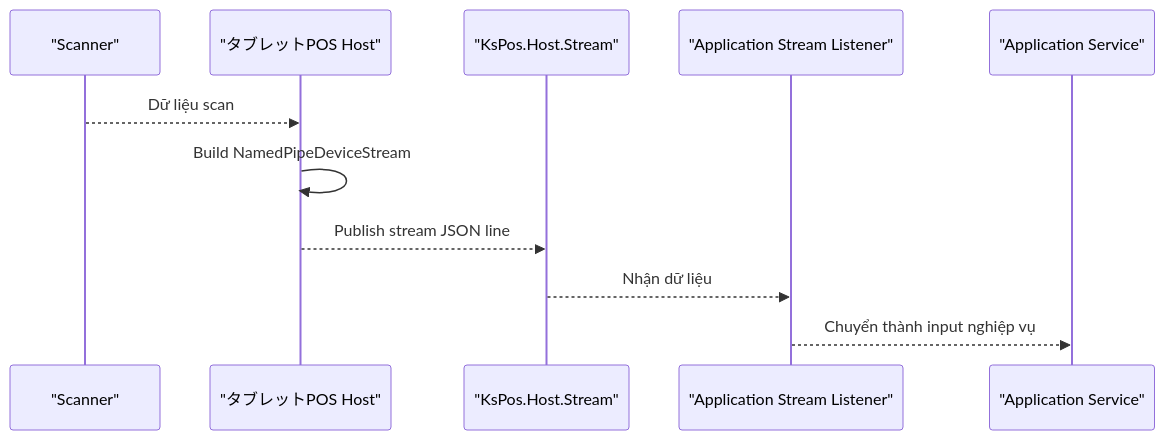
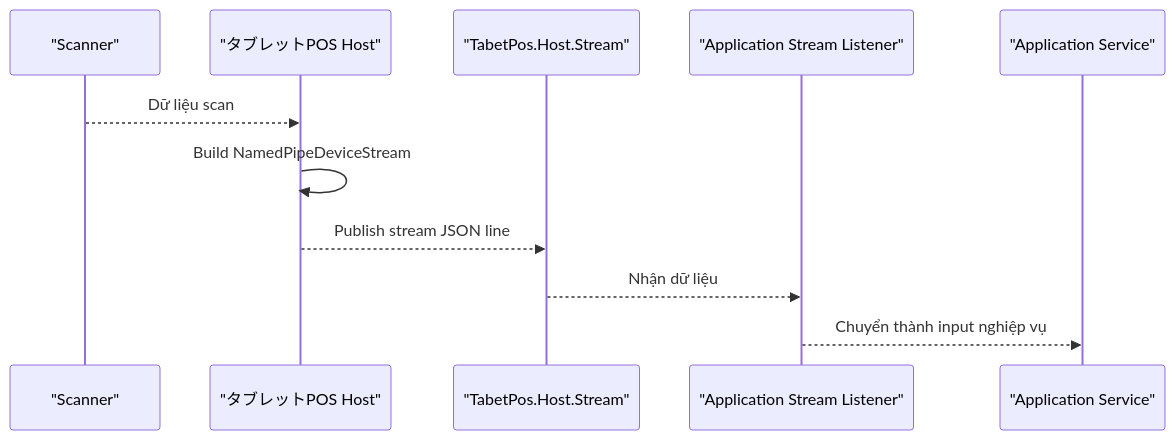
Before and after one commit to vti-sam/smj-ks-pos-stored: the third of 3 diagrams in knowledge/ks_pos_boilerplate/architecture/application/host_named_pipe_basic_design_2026-05-29.md, drawn with Mermaid. The commit also changed other lines of this file and 73 other files, not shown here.

Commit message:
Update tablet POS reports for host rename

````diff
--- a/knowledge/ks_pos_boilerplate/architecture/application/host_named_pipe_basic_design_2026-05-29.md
+++ b/knowledge/ks_pos_boilerplate/architecture/application/host_named_pipe_basic_design_2026-05-29.md
@@ -189,14 +189,14 @@
 ```mermaid
 sequenceDiagram
     participant Scanner as "Scanner"
     participant Host as "タブレットPOS Host"
-    participant StreamPipe as "KsPos.Host.Stream"
+    participant StreamPipe as "TabetPos.Host.Stream"
     participant Listener as "Application Stream Listener"
     participant App as "Application Service"
 
     Scanner-->>Host: Dữ liệu scan
     Host->>Host: Build NamedPipeDeviceStream
     Host-->>StreamPipe: Publish stream JSON line
     StreamPipe-->>Listener: Nhận dữ liệu
     Listener-->>App: Chuyển thành input nghiệp vụ
 ```
````
